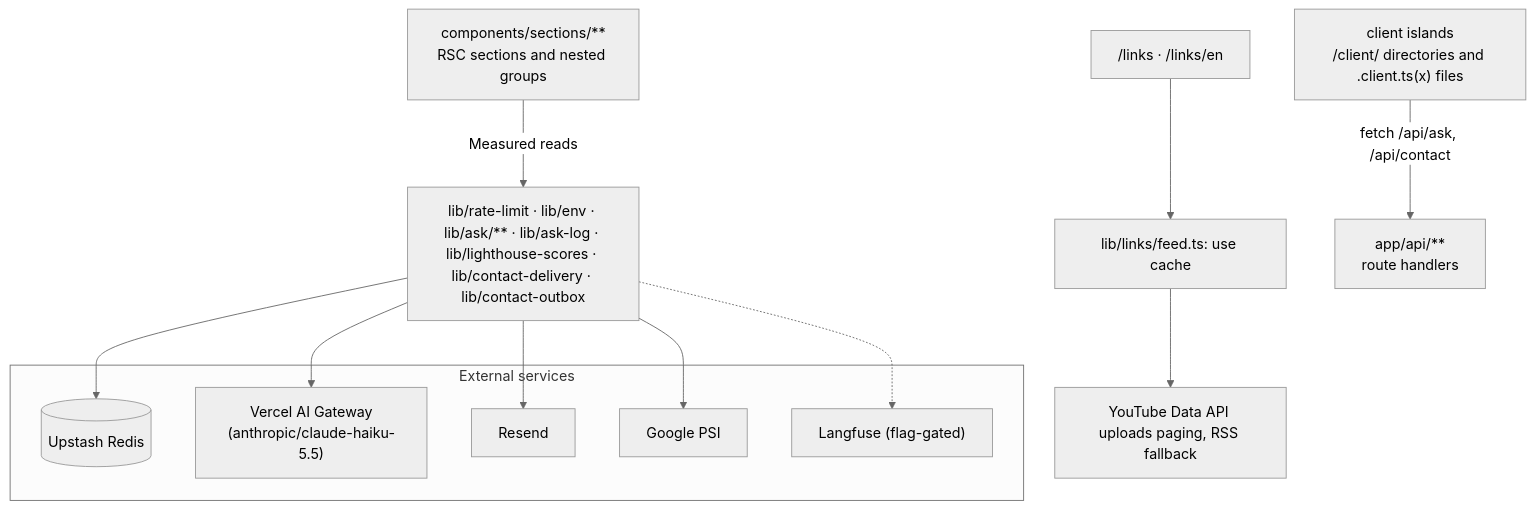
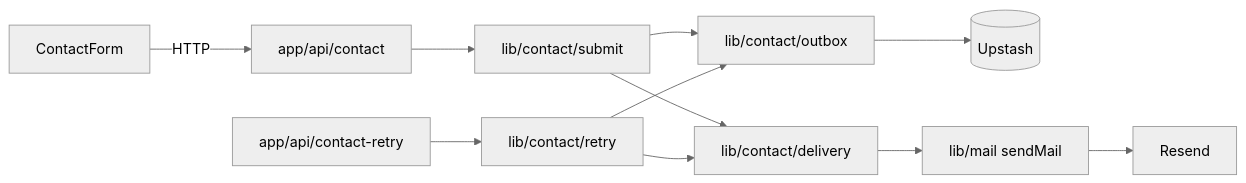
The fourth of 5 diagrams in docs/01-architecture.md (erikunha/portfolio), drawn with Mermaid (neutral theme) before and after one commit. The commit also changed other lines of this file and 1454 other files, not shown here.

First line of the commit message:
refactor(architecture): milestones M0 to M14 and native ci:full (#423)

````diff
--- a/docs/01-architecture.md
+++ b/docs/01-architecture.md
@@ -59,20 +101,10 @@
 ```mermaid
-flowchart TB
-    libcore["lib/rate-limit · lib/env · lib/ask/** · lib/ask-log · lib/lighthouse-scores · lib/contact-delivery · lib/contact-outbox"]
-    subgraph ext["External services"]
-        redis[("Upstash Redis")]
-        gw["Vercel AI Gateway<br/>(anthropic/claude-haiku-5.5)"]
-        resend["Resend"]
-        psi["Google PSI"]
-        lf["Langfuse (flag-gated)"]
-    end
-    links["/links · /links/en"] --> feed["lib/links/feed.ts: use cache"]
-    feed --> yt["YouTube Data API uploads paging, RSS fallback"]
-    libcore --> redis
-    libcore --> gw
-    libcore --> resend
-    libcore --> psi
-    libcore -.-> lf
-    islands["client islands<br/>/client/ directories and .client.ts(x) files"] -->|fetch /api/ask, /api/contact| api["app/api/**<br/>route handlers"]
-    sections["components/sections/**<br/>RSC sections and nested groups"] -->|Measured reads| libcore
+flowchart LR
+    form["ContactForm"] -->|HTTP| contact["app/api/contact"] --> submit["lib/contact/submit"]
+    cronretry["app/api/contact-retry"] --> retry["lib/contact/retry"]
+    submit --> outbox["lib/contact/outbox"] --> redis[("Upstash")]
+    retry --> outbox
+    submit --> delivery["lib/contact/delivery"]
+    retry --> delivery
+    delivery --> mail["lib/mail sendMail"] --> resend["Resend"]
 ```
````
